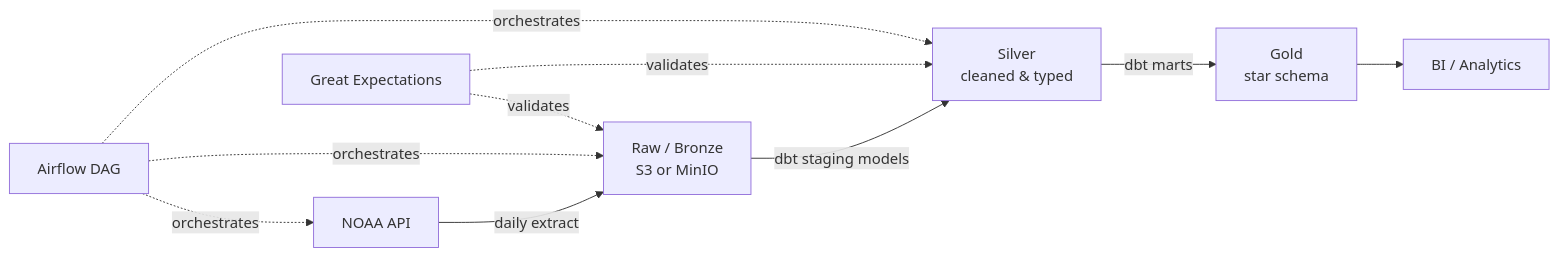
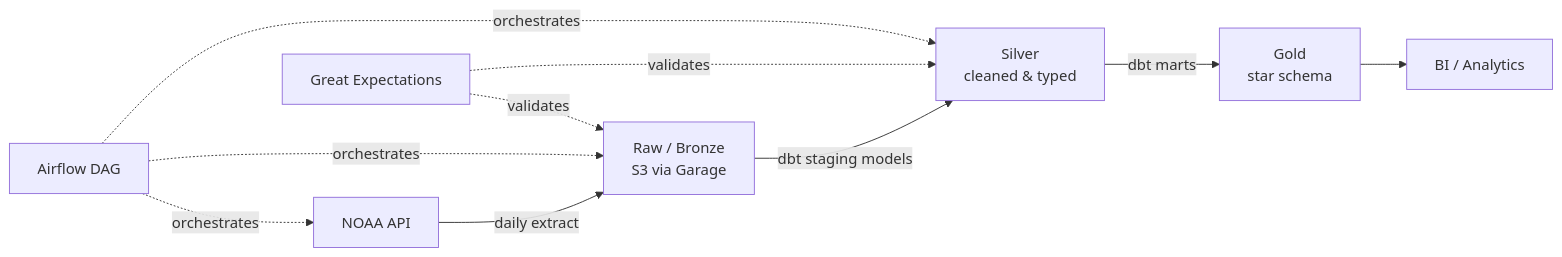
One commit to betadeju/Project-Portfolio changed the diagram in end-to-end-batch-pipeline/README.md. Above: the diagram before and after it, drawn with Mermaid. The commit also changed other lines of this file, not shown here.

````diff
--- a/end-to-end-batch-pipeline/README.md
+++ b/end-to-end-batch-pipeline/README.md
@@ -9,13 +9,13 @@
 ```mermaid
 flowchart LR
-    A[NOAA API] -->|daily extract| B[Raw / Bronze<br/>S3 or MinIO]
+    A[NOAA API] -->|daily extract| B[Raw / Bronze<br/>S3 via Garage]
     B -->|dbt staging models| C[Silver<br/>cleaned & typed]
     C -->|dbt marts| D[Gold<br/>star schema]
     D --> E[BI / Analytics]
 
     F[Airflow DAG] -.orchestrates.-> A
     F -.orchestrates.-> B
     F -.orchestrates.-> C
     G[Great Expectations] -.validates.-> B
     G -.validates.-> C
 ```
````
